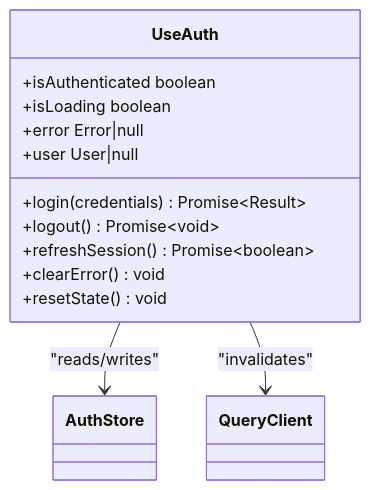
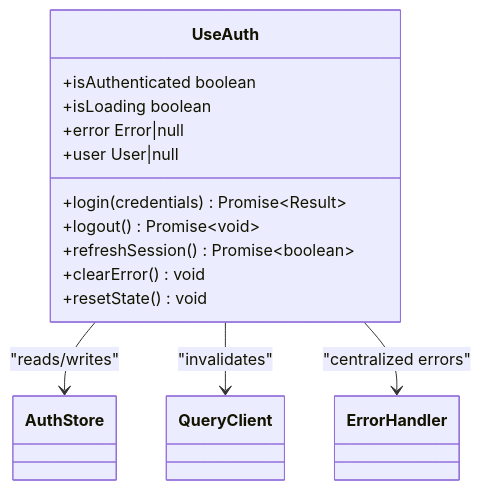
Before and after one commit to franckylab/eLISAschool: the third of 6 diagrams in .qoder/repowiki/en/content/System Architecture/Frontend Architecture/State Management/Custom Hooks Patterns.md, drawn with Mermaid. The commit also changed other lines of this file and 455 other files, not shown here.

````diff
--- a/.qoder/repowiki/en/content/System Architecture/Frontend Architecture/State Management/Custom Hooks Patterns.md
+++ b/.qoder/repowiki/en/content/System Architecture/Frontend Architecture/State Management/Custom Hooks Patterns.md
@@ -192,16 +212,17 @@
 ```mermaid
 classDiagram
 class UseAuth {
 +login(credentials) Promise~Result~
 +logout() Promise~void~
 +refreshSession() Promise~boolean~
 +isAuthenticated boolean
 +isLoading boolean
 +error Error|null
 +user User|null
 +clearError() void
 +resetState() void
 }
 UseAuth --> AuthStore : "reads/writes"
 UseAuth --> QueryClient : "invalidates"
+UseAuth --> ErrorHandler : "centralized errors"
 ```
````
